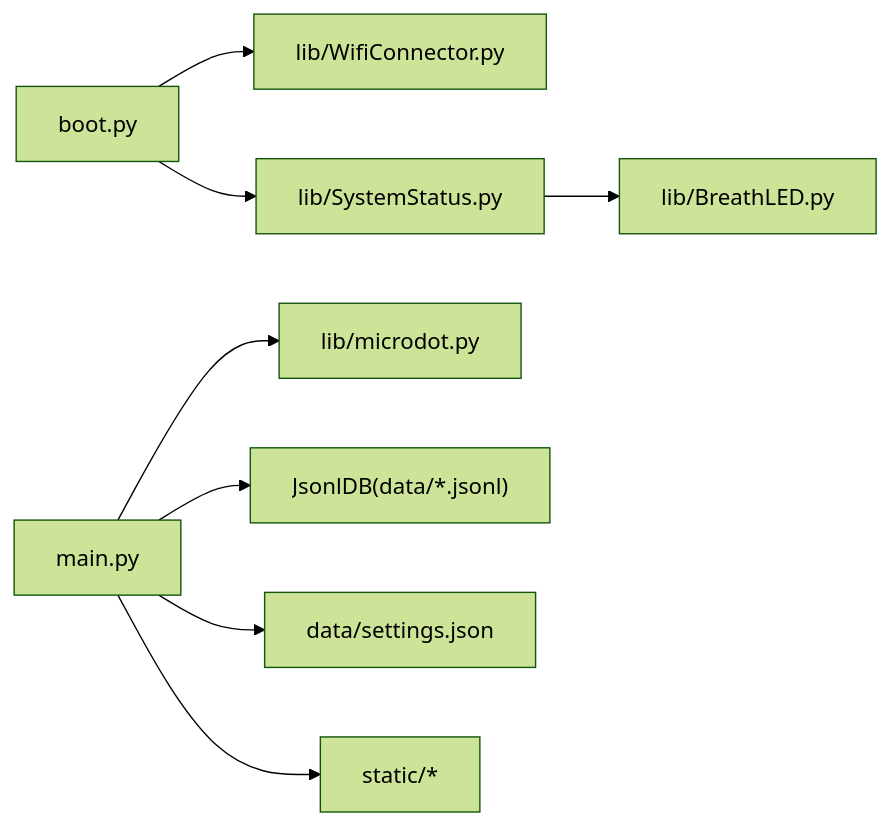
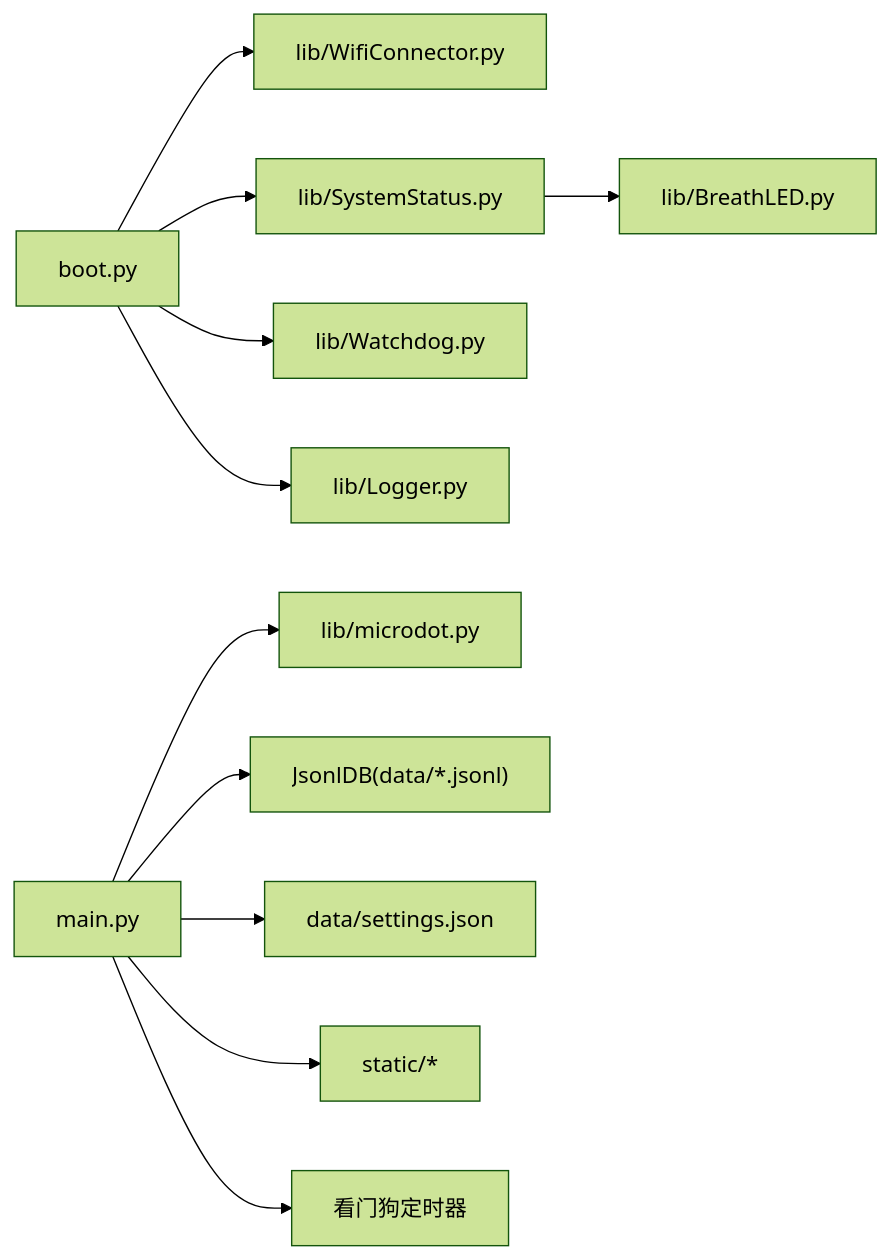
One commit to qq20739111/weilushishe-lishitai changed the ninth of 9 diagrams in .qoder/repowiki/zh/content/故障排除/故障排除.md. Above: the diagram before and after it, drawn with Mermaid (forest theme). The commit also changed other lines of this file and 23 other files, not shown here.

````diff
--- a/.qoder/repowiki/zh/content/故障排除/故障排除.md
+++ b/.qoder/repowiki/zh/content/故障排除/故障排除.md
@@ -245,10 +324,13 @@
 ```mermaid
 graph LR
 Boot["boot.py"] --> Wifi["lib/WifiConnector.py"]
 Boot --> Status["lib/SystemStatus.py"]
+Boot --> Watchdog["lib/Watchdog.py"]
+Boot --> Logger["lib/Logger.py"]
 Status --> Breath["lib/BreathLED.py"]
 Main["main.py"] --> Microdot["lib/microdot.py"]
 Main --> Jsonl["JsonlDB(data/*.jsonl)"]
 Main --> Settings["data/settings.json"]
 Main --> Static["static/*"]
+Main --> WatchdogTimer["看门狗定时器"]
 ```
````
